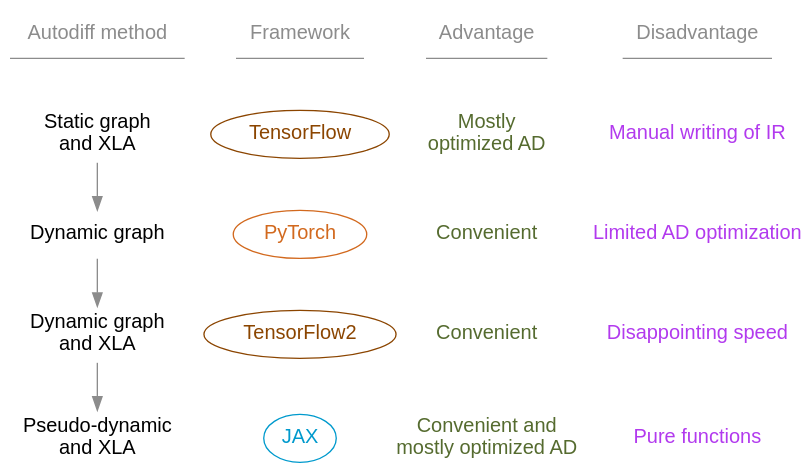
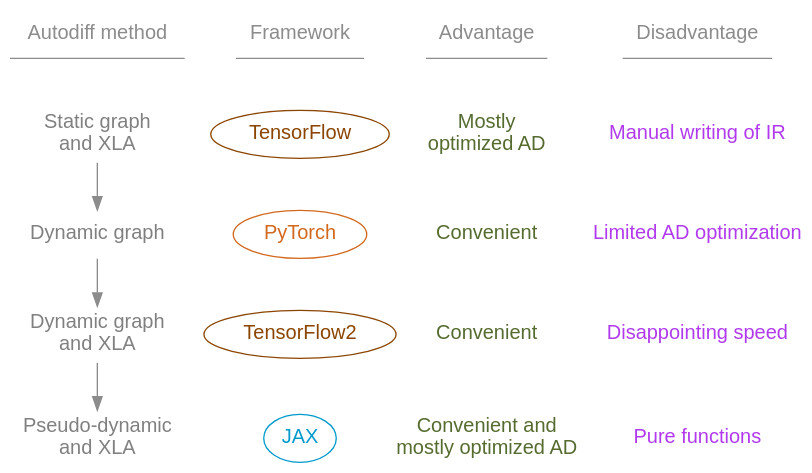
Before and after one commit to WestDRI/arc-training: the first of 15 diagrams in ai/fl/fl_jax_content.qmd, drawn with Graphviz. The commit also changed other lines of this file and 20 other files, not shown here.

Commit message:
fix remaining graphviz graphs for dark mode

````diff
--- a/ai/fl/fl_jax_content.qmd
+++ b/ai/fl/fl_jax_content.qmd
@@ -45,54 +45,54 @@
 ```{dot}
 //| echo: false
 //| fig-height: 450px
 
 strict digraph {
 
 bgcolor="transparent"
 graph [fontname="Inconsolata, sans-serif"]
-node [fontname="Inconsolata, sans-serif", fontsize=15]
+node [fontname="Inconsolata, sans-serif", fontsize=15, fontcolor=grey]
 
 01 [label="Autodiff method", shape=underline, group=g1, group=g1, fontcolor=gray55, color=gray55]
 1 [label="Static graph\nand XLA", shape=plaintext, group=g1, group=g1]
 2 [label="Dynamic graph", shape=plaintext, group=g1]
 4 [label="Dynamic graph\nand XLA", shape=plaintext, group=g1]
 5 [label="Pseudo-dynamic\nand XLA", shape=plaintext, group=g1]
 
 02 [label="Framework", shape=underline, group=g2, fontcolor=gray55, color=gray55]
 a [label="TensorFlow", shape=oval, group=g2, color=darkorange4, fontcolor=darkorange4]
 b [label="PyTorch", shape=oval, group=g2, color=chocolate, fontcolor=chocolate]
 d [label="TensorFlow2", shape=oval, group=g2, color=darkorange4, fontcolor=darkorange4]
 e [label="JAX", shape=oval, group=g2, color=deepskyblue3, fontcolor=deepskyblue3]
 
 03 [label=Advantage, shape=underline, group=g3, fontcolor=gray55, color=gray55]
 7 [label="Mostly\noptimized AD", shape=plaintext, fontcolor=darkolivegreen, group=g3]
 8 [label="Convenient", shape=plaintext, fontcolor=darkolivegreen, group=g3]
 9 [label="Convenient", shape=plaintext, fontcolor=darkolivegreen, group=g3]
 10 [label="Convenient and\nmostly optimized AD", shape=plaintext, fontcolor=darkolivegreen, group=g3]
 
 04 [label=Disadvantage, shape=underline, group=g4, fontcolor=gray55, color=gray55]
 A [label="Manual writing of IR", shape=plaintext, fontcolor=darkorchid2, group=g4]
 B [label="Limited AD optimization", shape=plaintext, fontcolor=darkorchid2, group=g4]
 D [label="Disappointing speed", shape=plaintext, fontcolor=darkorchid2, group=g4]
 E [label="Pure functions", shape=plaintext, fontcolor=darkorchid2, group=g4]
 
 {rank=same; 01 02 03 04}
 {rank=same; 1 a 7 A}
 {rank=same; 2 b 8 B}
 {rank=same; 4 d 9 D}
 {rank=same; 5 e 10 E}
 
 01 -> 02 -> 03 -> 04 [style=invis]
 1 -> a -> 7 -> A [style=invis]
 2 -> b -> 8 -> B [style=invis]
 4 -> d -> 9 -> D [style=invis]
 5 -> e -> 10 -> E [style=invis]
 
 01 -> 1 [style=invis]
 1 -> 2 -> 4 -> 5 [color=gray55]
 02 -> a -> b -> d -> e [style=invis]
 03 -> 7 -> 8 -> 9 -> 10 [style=invis]
 04 -> A -> B -> D -> E [style=invis]
 
 }
 ```
````
